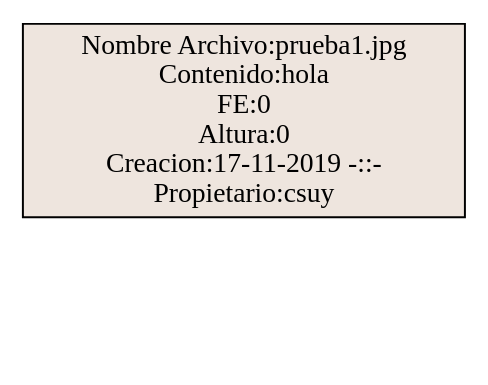
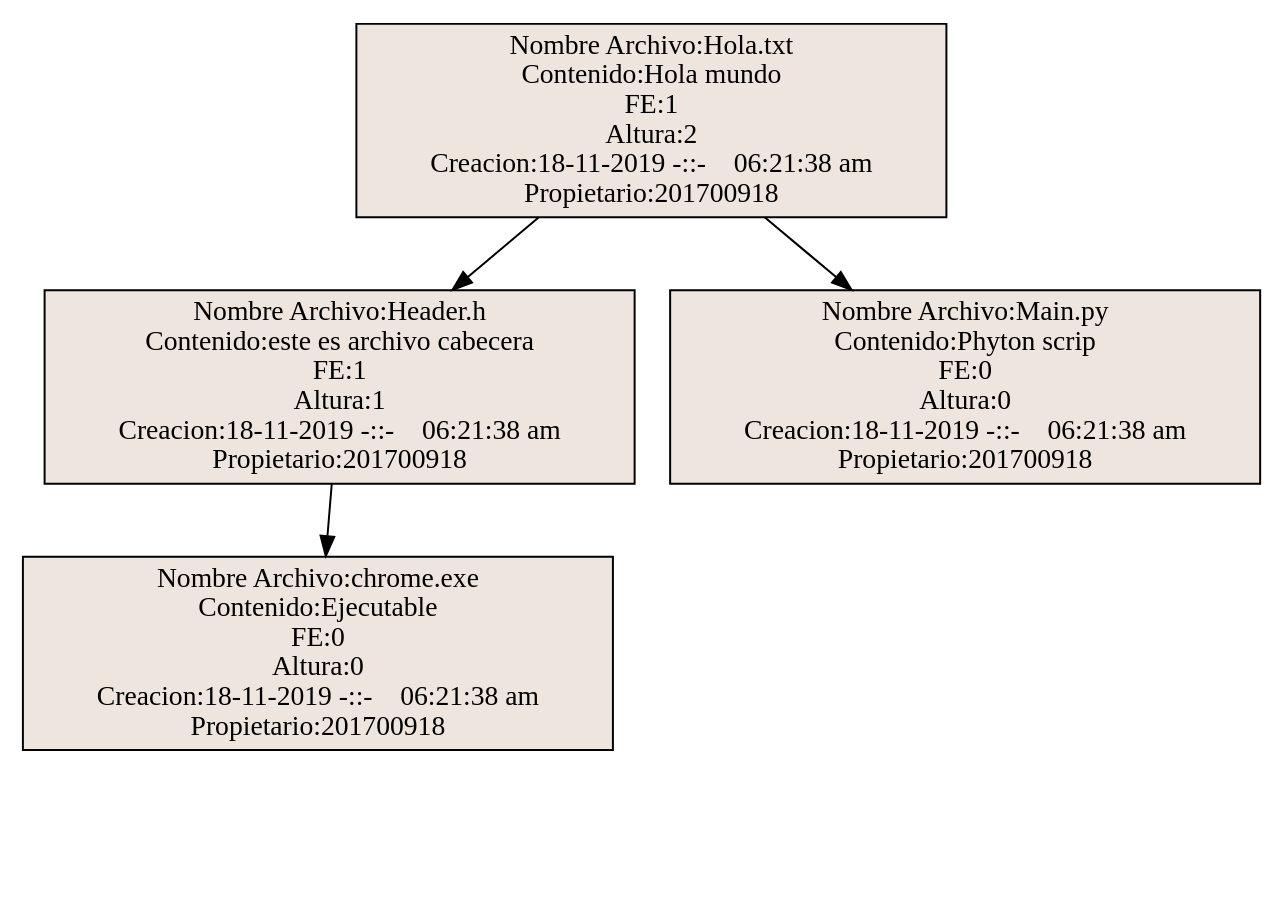
One commit to CSuy/EDD_2S2019_PY2_201700918 changed the diagram in Reportes/Arbol_AVL.dot. Above: the diagram before and after it, drawn with Graphviz. The commit also changed 71 other files, not shown here.

```diff
--- a/Reportes/Arbol_AVL.dot
+++ b/Reportes/Arbol_AVL.dot
@@ -1,24 +1,81 @@
 digraph guia{ 
 node [shape = record, style=filled, fillcolor=seashell2];
-"Nombre Archivo:prueba1.jpg
- Contenido:hola
+"Nombre Archivo:Hola.txt
+ Contenido:Hola mundo
+ FE:1
+ Altura:2
+ Creacion:18-11-2019 -::-    06:21:38 am
+ Propietario:201700918"; 
+"Nombre Archivo:Hola.txt
+ Contenido:Hola mundo
+ FE:1
+ Altura:2
+ Creacion:18-11-2019 -::-    06:21:38 am
+ Propietario:201700918"-> 
+"Nombre Archivo:Header.h
+ Contenido:este es archivo cabecera
+ FE:1
+ Altura:1
+ Creacion:18-11-2019 -::-    06:21:38 am
+ Propietario:201700918"; 
+"Nombre Archivo:Header.h
+ Contenido:este es archivo cabecera
+ FE:1
+ Altura:1
+ Creacion:18-11-2019 -::-    06:21:38 am
+ Propietario:201700918"-> 
+"Nombre Archivo:chrome.exe
+ Contenido:Ejecutable
  FE:0
  Altura:0
- Creacion:17-11-2019 -::-
- Propietario:csuy"; 
+ Creacion:18-11-2019 -::-    06:21:38 am
+ Propietario:201700918"; 
 null0[label="", style=invis]; 
-"Nombre Archivo:prueba1.jpg
- Contenido:hola
+"Nombre Archivo:chrome.exe
+ Contenido:Ejecutable
  FE:0
  Altura:0
- Creacion:17-11-2019 -::-
- Propietario:csuy"-> null0[style=invis]; 
+ Creacion:18-11-2019 -::-    06:21:38 am
+ Propietario:201700918"-> null0[style=invis]; 
 null1[label="", style=invis]; 
-"Nombre Archivo:prueba1.jpg
- Contenido:hola
+"Nombre Archivo:chrome.exe
+ Contenido:Ejecutable
  FE:0
  Altura:0
- Creacion:17-11-2019 -::-
- Propietario:csuy"-> null1[style=invis]; 
+ Creacion:18-11-2019 -::-    06:21:38 am
+ Propietario:201700918"-> null1[style=invis]; 
+null2[label="", style=invis]; 
+"Nombre Archivo:Header.h
+ Contenido:este es archivo cabecera
+ FE:1
+ Altura:1
+ Creacion:18-11-2019 -::-    06:21:38 am
+ Propietario:201700918"-> null2[style=invis]; 
+"Nombre Archivo:Hola.txt
+ Contenido:Hola mundo
+ FE:1
+ Altura:2
+ Creacion:18-11-2019 -::-    06:21:38 am
+ Propietario:201700918"-> 
+"Nombre Archivo:Main.py
+ Contenido:Phyton scrip
+ FE:0
+ Altura:0
+ Creacion:18-11-2019 -::-    06:21:38 am
+ Propietario:201700918"; 
+null3[label="", style=invis]; 
+"Nombre Archivo:Main.py
+ Contenido:Phyton scrip
+ FE:0
+ Altura:0
+ Creacion:18-11-2019 -::-    06:21:38 am
+ Propietario:201700918"-> null3[style=invis]; 
+null4[label="", style=invis]; 
+"Nombre Archivo:Main.py
+ Contenido:Phyton scrip
+ FE:0
+ Altura:0
+ Creacion:18-11-2019 -::-    06:21:38 am
+ Propietario:201700918"-> null4[style=invis]; 
 
 }
```
